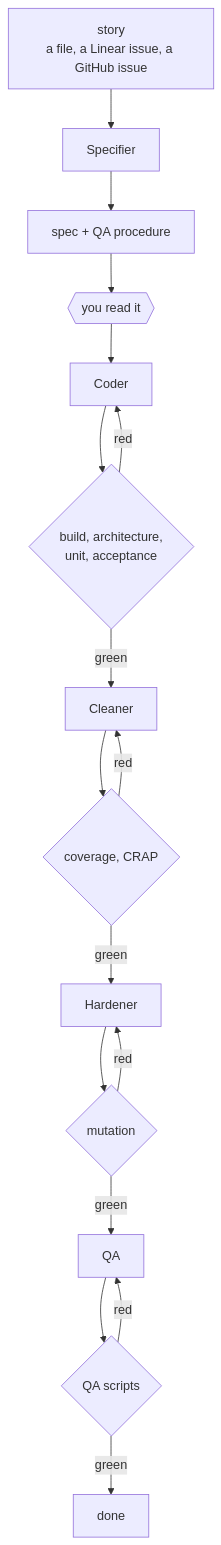
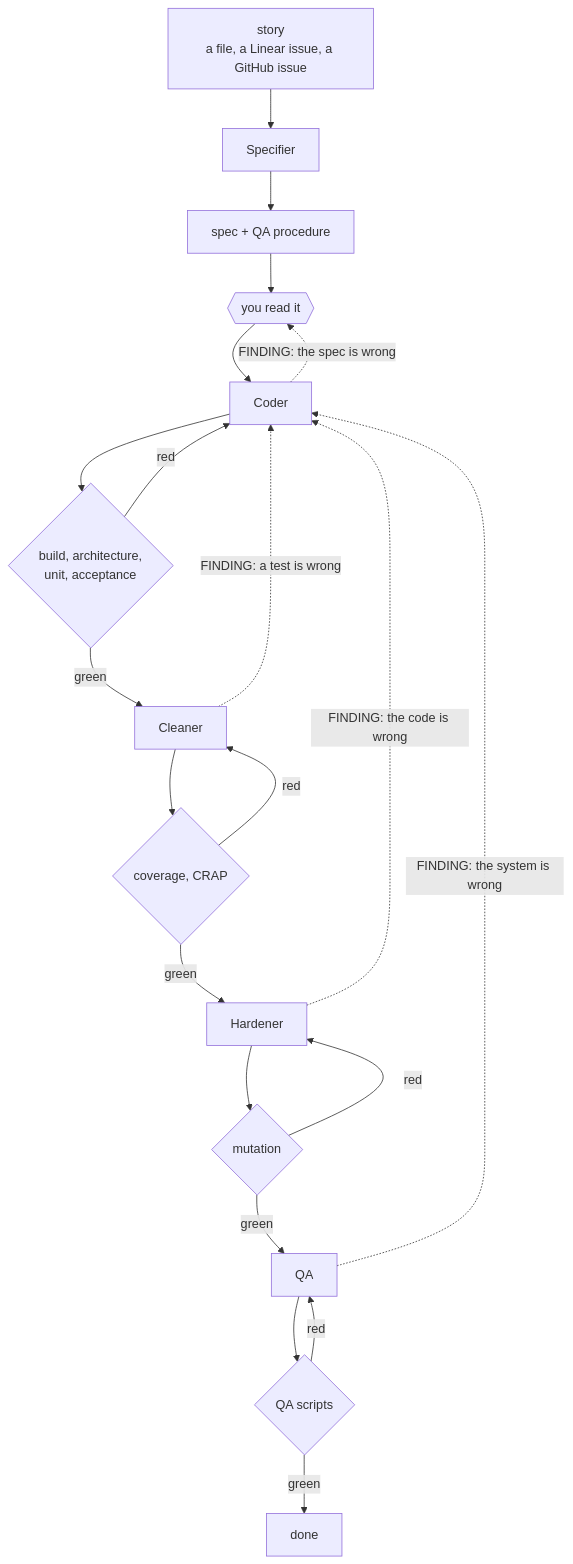
The diagram in README.md (robydrupo/agent-gauntlet), drawn with Mermaid before and after one commit. The commit also changed other lines of this file and 18 other files, not shown here.

````diff
--- a/README.md
+++ b/README.md
@@ -11,19 +11,24 @@
 ```mermaid
 flowchart TD
     A["story<br/>a file, a Linear issue, a GitHub issue"] --> B[Specifier]
     B --> C["spec + QA procedure"]
     C --> R{{"you read it"}}
     R --> D[Coder]
     D --> G1{"build, architecture,<br/>unit, acceptance"}
     G1 -->|red| D
     G1 -->|green| E[Cleaner]
     E --> G2{"coverage, CRAP"}
     G2 -->|red| E
     G2 -->|green| F[Hardener]
     F --> G3{"mutation"}
     G3 -->|red| F
     G3 -->|green| H[QA]
     H --> G4{"QA scripts"}
     G4 -->|red| H
     G4 -->|green| Z["done"]
+
+    E -. "FINDING: a test is wrong" .-> D
+    F -. "FINDING: the code is wrong" .-> D
+    H -. "FINDING: the system is wrong" .-> D
+    D -. "FINDING: the spec is wrong" .-> R
 ```
````
